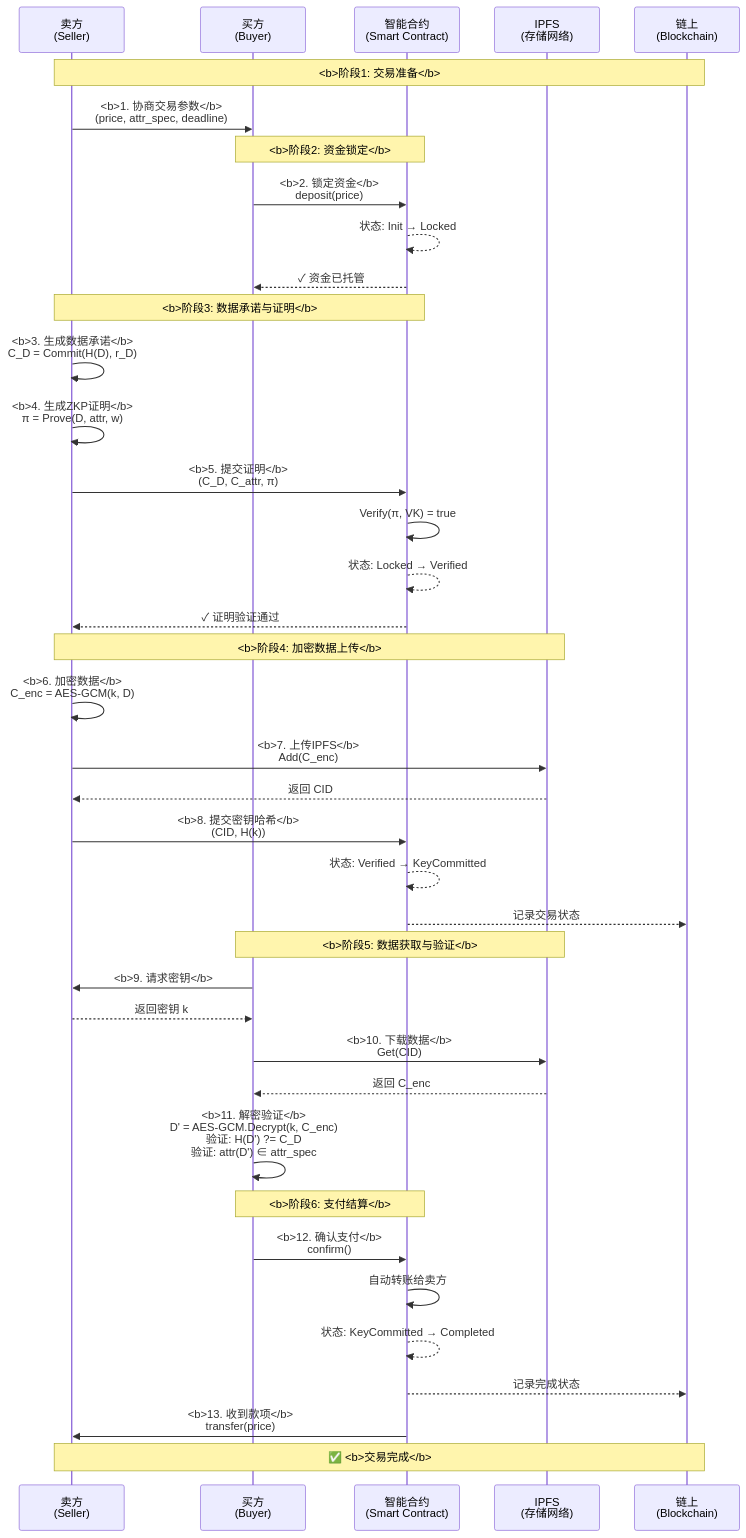
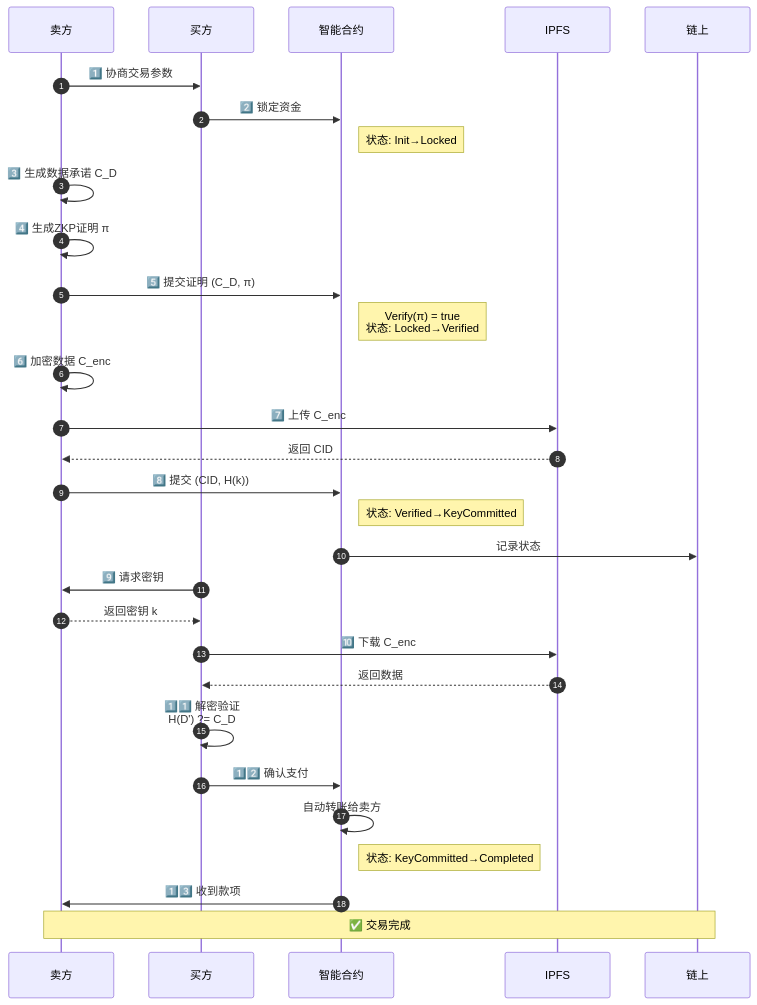
The diagram in all/未命名-4.md (ystAlex/iodraw-files), drawn with Mermaid before and after one commit.

Commit message:
2025-12-10 03:55:44 update

````diff
--- a/all/未命名-4.md
+++ b/all/未命名-4.md
@@ -1,54 +1,44 @@
 ```mermaid
 sequenceDiagram
-    participant Seller as 卖方<br/>(Seller)
-    participant Buyer as 买方<br/>(Buyer)
-    participant Contract as 智能合约<br/>(Smart Contract)
-    participant IPFS as IPFS<br/>(存储网络)
-    participant Chain as 链上<br/>(Blockchain)
+    autonumber
+    
+    participant 卖方
+    participant 买方
+    participant 智能合约
+    participant IPFS
+    participant 链上
 
-    Note over Seller,Chain: <b>阶段1: 交易准备</b>
-    Seller->>Buyer: <b>1. 协商交易参数</b><br/>(price, attr_spec, deadline)
+    卖方->>买方: 1️⃣ 协商交易参数
+    买方->>智能合约: 2️⃣ 锁定资金
+    Note right of 智能合约: 状态: Init→Locked
     
-    Note over Buyer,Contract: <b>阶段2: 资金锁定</b>
-    Buyer->>Contract: <b>2. 锁定资金</b><br/>deposit(price)
-    Contract-->>Contract: 状态: Init → Locked
-    Contract-->>Buyer: ✓ 资金已托管
+    卖方->>卖方: 3️⃣ 生成数据承诺 C_D
+    卖方->>卖方: 4️⃣ 生成ZKP证明 π
+    卖方->>智能合约: 5️⃣ 提交证明 (C_D, π)
+    Note right of 智能合约: Verify(π) = true<br/>状态: Locked→Verified
     
-    Note over Seller,Contract: <b>阶段3: 数据承诺与证明</b>
-    Seller->>Seller: <b>3. 生成数据承诺</b><br/>C_D = Commit(H(D), r_D)
-    Seller->>Seller: <b>4. 生成ZKP证明</b><br/>π = Prove(D, attr, w)
+    卖方->>卖方: 6️⃣ 加密数据 C_enc
+    卖方->>IPFS: 7️⃣ 上传 C_enc
+    IPFS-->>卖方: 返回 CID
     
-    Seller->>Contract: <b>5. 提交证明</b><br/>(C_D, C_attr, π)
-    Contract->>Contract: Verify(π, VK) = true
-    Contract-->>Contract: 状态: Locked → Verified
-    Contract-->>Seller: ✓ 证明验证通过
+    卖方->>智能合约: 8️⃣ 提交 (CID, H(k))
+    Note right of 智能合约: 状态: Verified→KeyCommitted
+    智能合约->>链上: 记录状态
     
-    Note over Seller,IPFS: <b>阶段4: 加密数据上传</b>
-    Seller->>Seller: <b>6. 加密数据</b><br/>C_enc = AES-GCM(k, D)
-    Seller->>IPFS: <b>7. 上传IPFS</b><br/>Add(C_enc)
-    IPFS-->>Seller: 返回 CID
+    买方->>卖方: 9️⃣ 请求密钥
+    卖方-->>买方: 返回密钥 k
     
-    Seller->>Contract: <b>8. 提交密钥哈希</b><br/>(CID, H(k))
-    Contract-->>Contract: 状态: Verified → KeyCommitted
-    Contract-->>Chain: 记录交易状态
+    买方->>IPFS: 🔟 下载 C_enc
+    IPFS-->>买方: 返回数据
     
-    Note over Buyer,IPFS: <b>阶段5: 数据获取与验证</b>
-    Buyer->>Seller: <b>9. 请求密钥</b>
-    Seller-->>Buyer: 返回密钥 k
+    买方->>买方: 1️⃣1️⃣ 解密验证<br/>H(D') ?= C_D
     
-    Buyer->>IPFS: <b>10. 下载数据</b><br/>Get(CID)
-    IPFS-->>Buyer: 返回 C_enc
+    买方->>智能合约: 1️⃣2️⃣ 确认支付
+    智能合约->>智能合约: 自动转账给卖方
+    Note right of 智能合约: 状态: KeyCommitted→Completed
     
-    Buyer->>Buyer: <b>11. 解密验证</b><br/>D' = AES-GCM.Decrypt(k, C_enc)<br/>验证: H(D') ?= C_D<br/>验证: attr(D') ∈ attr_spec
+    智能合约->>卖方: 1️⃣3️⃣ 收到款项
     
-    Note over Buyer,Contract: <b>阶段6: 支付结算</b>
-    Buyer->>Contract: <b>12. 确认支付</b><br/>confirm()
-    Contract->>Contract: 自动转账给卖方
-    Contract-->>Contract: 状态: KeyCommitted → Completed
-    Contract-->>Chain: 记录完成状态
-    
-    Contract->>Seller: <b>13. 收到款项</b><br/>transfer(price)
-    
-    Note over Seller,Chain: ✅ <b>交易完成</b>
+    Note over 卖方,链上: ✅ 交易完成
 
 ```
````
